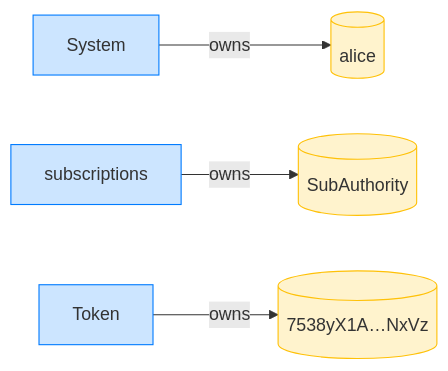
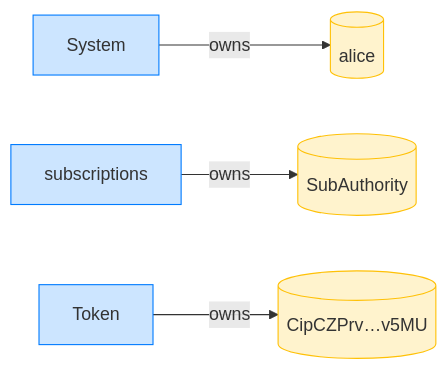
The fourth of 8 diagrams in dsl_tests/close-a-subscription-authority.md (cds-rs/subscriptions), drawn with Mermaid before and after one commit. The commit also changed other lines of this file and 224 other files, not shown here.

````diff
--- a/dsl_tests/close-a-subscription-authority.md
+++ b/dsl_tests/close-a-subscription-authority.md
@@ -71,14 +76,14 @@
 ```mermaid
 flowchart LR
     classDef owner fill:#cce5ff,stroke:#007bff;
     classDef account fill:#fff3cd,stroke:#ffc107;
     System[System]:::owner
     alice[(alice)]:::account
     subscriptions[subscriptions]:::owner
     SubAuthority[(SubAuthority)]:::account
     Token[Token]:::owner
-    7538yX1A_NxVz[("7538yX1A…NxVz")]:::account
+    CipCZPrv_v5MU[("CipCZPrv…v5MU")]:::account
     System -->|owns| alice
     subscriptions -->|owns| SubAuthority
-    Token -->|owns| 7538yX1A_NxVz
+    Token -->|owns| CipCZPrv_v5MU
 ```
````
